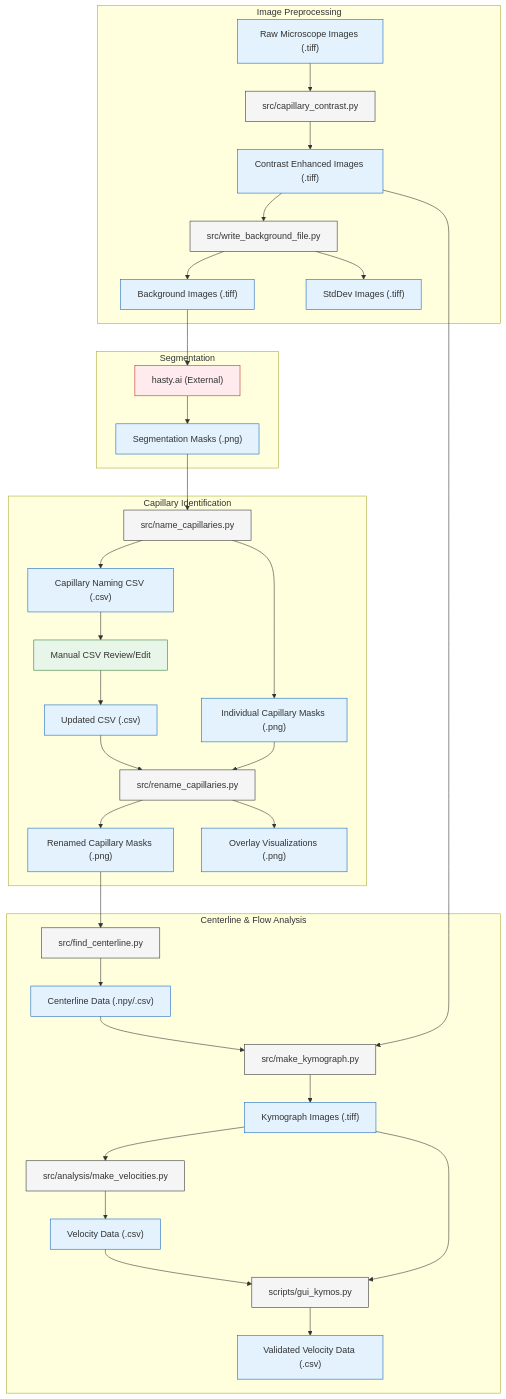
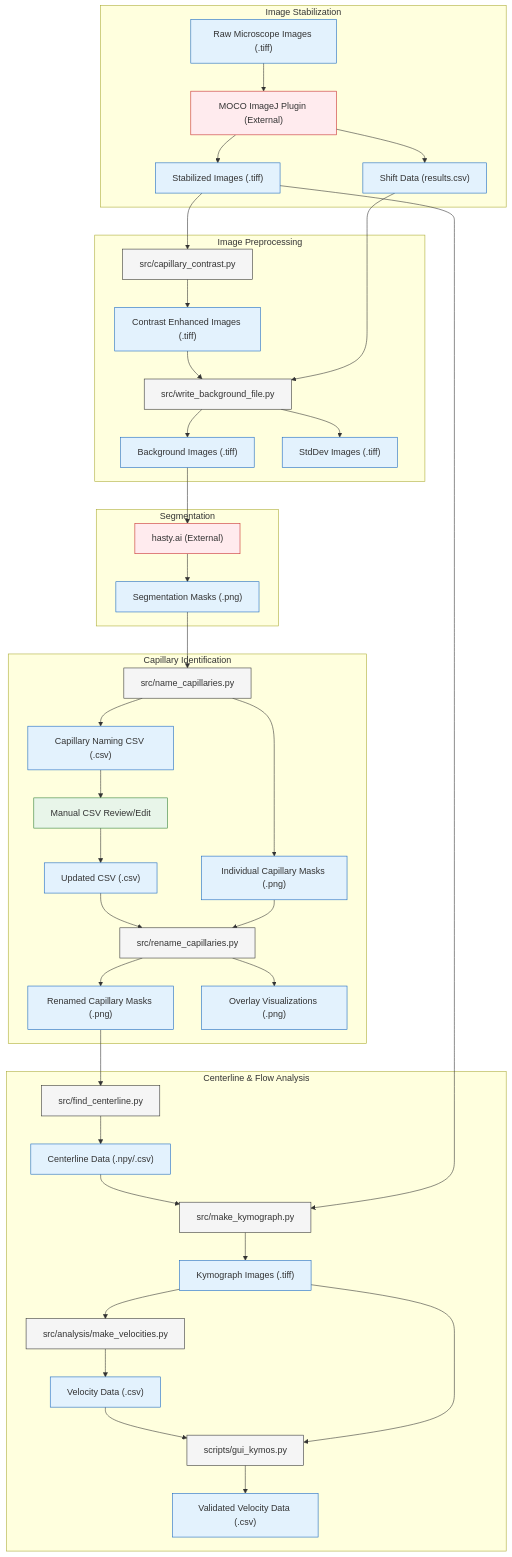
One commit to gt8mar/capillary-flow changed the diagram in diagrams/capillary_flow_file_types.md. Above: the diagram before and after it, drawn with Mermaid. The commit also changed 3 other files, not shown here.

````diff
--- a/diagrams/capillary_flow_file_types.md
+++ b/diagrams/capillary_flow_file_types.md
@@ -1,51 +1,58 @@
 ```mermaid
 graph TD
+    subgraph "Image Stabilization"
+        A["Raw Microscope Images (.tiff)"] --> AA["MOCO ImageJ Plugin (External)"]
+        AA --> AB["Stabilized Images (.tiff)"]
+        AA --> AC["Shift Data (results.csv)"]
+    end
+    
     subgraph "Image Preprocessing"
-        A["Raw Microscope Images (.tiff)"] --> B["src/capillary_contrast.py"]
+        AB --> B["src/capillary_contrast.py"]
         B --> C["Contrast Enhanced Images (.tiff)"]
         C --> D["src/write_background_file.py"]
+        AC --> D
         D --> E["Background Images (.tiff)"]
         D --> F["StdDev Images (.tiff)"]
     end
     
     subgraph "Segmentation"
         E --> G["hasty.ai (External)"]
         G --> H["Segmentation Masks (.png)"]
     end
     
     subgraph "Capillary Identification"
         H --> I["src/name_capillaries.py"]
         I --> J["Individual Capillary Masks (.png)"]
         I --> K["Capillary Naming CSV (.csv)"]
         K --> L["Manual CSV Review/Edit"]
         L --> M["Updated CSV (.csv)"]
         M --> N["src/rename_capillaries.py"]
         J --> N
         N --> O["Renamed Capillary Masks (.png)"]
         N --> P["Overlay Visualizations (.png)"]
     end
     
     subgraph "Centerline & Flow Analysis"
         O --> Q["src/find_centerline.py"]
         Q --> R["Centerline Data (.npy/.csv)"]
         R --> S["src/make_kymograph.py"]
-        C --> S
+        AB --> S
         S --> T["Kymograph Images (.tiff)"]
         T --> U["src/analysis/make_velocities.py"]
         U --> V["Velocity Data (.csv)"]
         V --> W["scripts/gui_kymos.py"]
         T --> W
         W --> X["Validated Velocity Data (.csv)"]
     end
     
     %% Styling
     classDef script fill:#f5f5f5,stroke:#333,stroke-width:1px
     classDef data fill:#e3f2fd,stroke:#1565c0,stroke-width:1px
     classDef manual fill:#e8f5e9,stroke:#2e7d32,stroke-width:1px
     classDef external fill:#ffebee,stroke:#c62828,stroke-width:1px
     
     class B,D,I,N,Q,S,U,W script
-    class A,C,E,F,H,J,K,M,O,P,R,T,V,X data
+    class A,AB,AC,C,E,F,H,J,K,M,O,P,R,T,V,X data
     class L manual
-    class G external
+    class AA,G external
 ``` 
````
